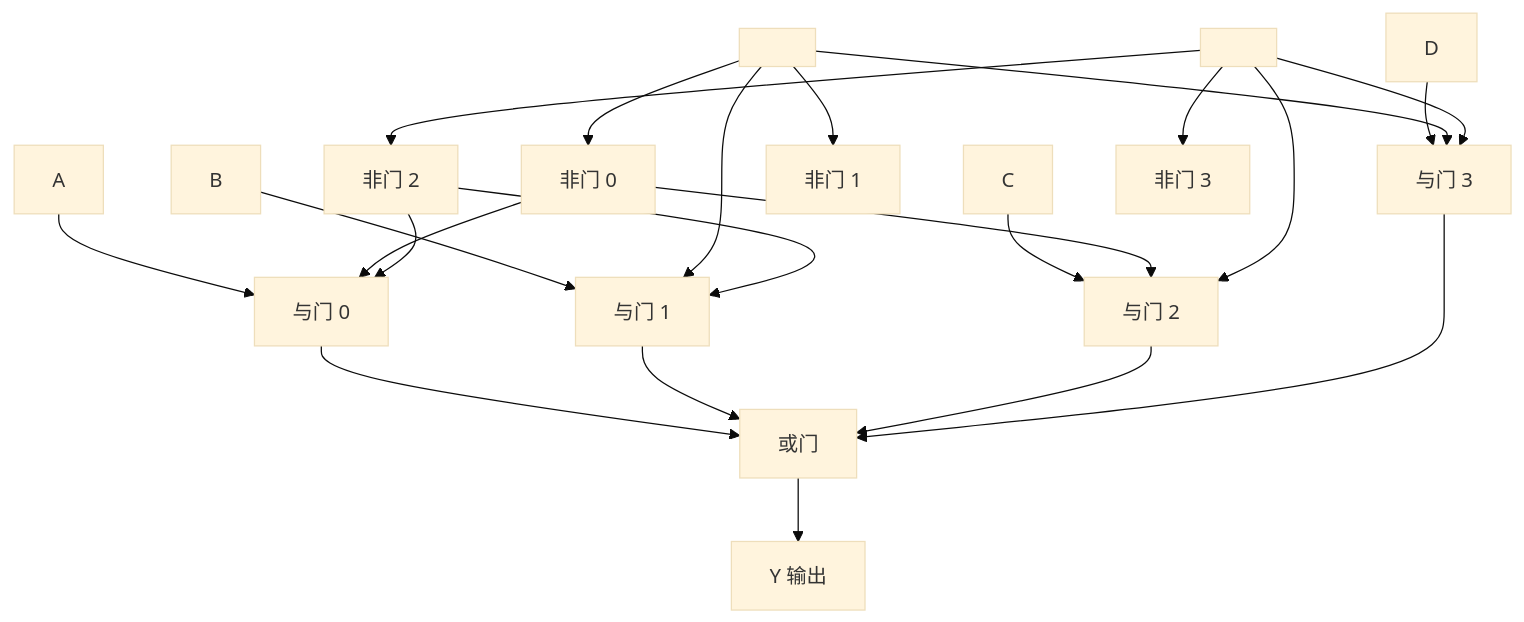
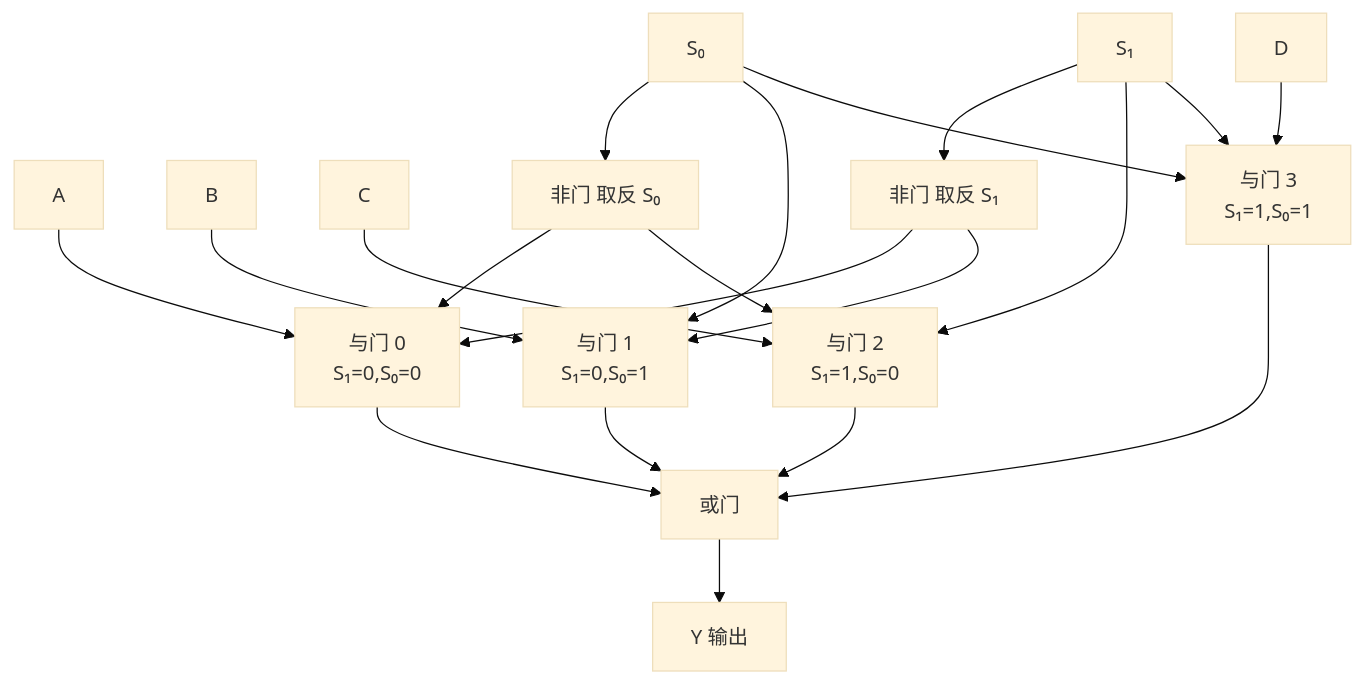
Before and after one commit to Atom112/CSTree: the second of 3 diagrams in src/content/node/00-hardware/16-multiplexer.md, drawn with Mermaid (base theme). The commit also changed 17 other files, not shown here.

````diff
--- a/src/content/node/00-hardware/16-multiplexer.md
+++ b/src/content/node/00-hardware/16-multiplexer.md
@@ -69,27 +69,25 @@
 ```mermaid
 graph TD
-    A[A] --> AND0[与门 0]
-    B[B] --> AND1[与门 1]
-    C[C] --> AND2[与门 2]
-    D[D] --> AND3[与门 3]
+    A[A] --> AND0[与门 0<br>S₁=0,S₀=0]
+    B[B] --> AND1[与门 1<br>S₁=0,S₀=1]
+    C[C] --> AND2[与门 2<br>S₁=1,S₀=0]
+    D[D] --> AND3[与门 3<br>S₁=1,S₀=1]
 
-    S0[S₀] --> NOT0[非门 0]
-    S0[  ] --> NOT1[非门 1]
-    S1[S₁] --> NOT2[非门 2]
-    S1[  ] --> NOT3[非门 3]
+    S0[S₀] --> NOT0[非门 取反 S₀]
+    S0 --> AND1
+    S0 --> AND3
+    S1[S₁] --> NOT2[非门 取反 S₁]
+    S1 --> AND2
+    S1 --> AND3
 
     NOT0 --> AND0
+    NOT0 --> AND2
     NOT2 --> AND0
-    S0 --> AND1
     NOT2 --> AND1
-    NOT0 --> AND2
-    S1 --> AND2
-    S0 --> AND3
-    S1 --> AND3
 
     AND0 --> OR[或门]
     AND1 --> OR
     AND2 --> OR
     AND3 --> OR
     OR --> Y[Y 输出]
 ```
````
